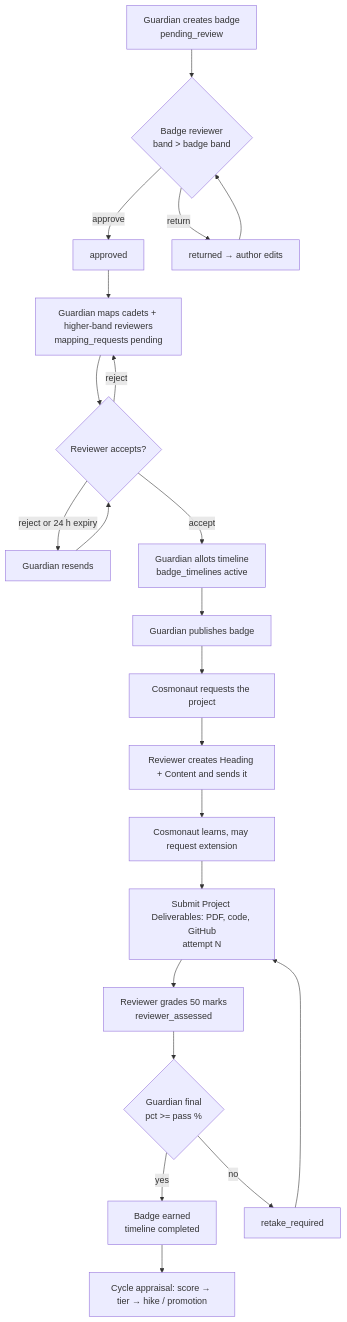
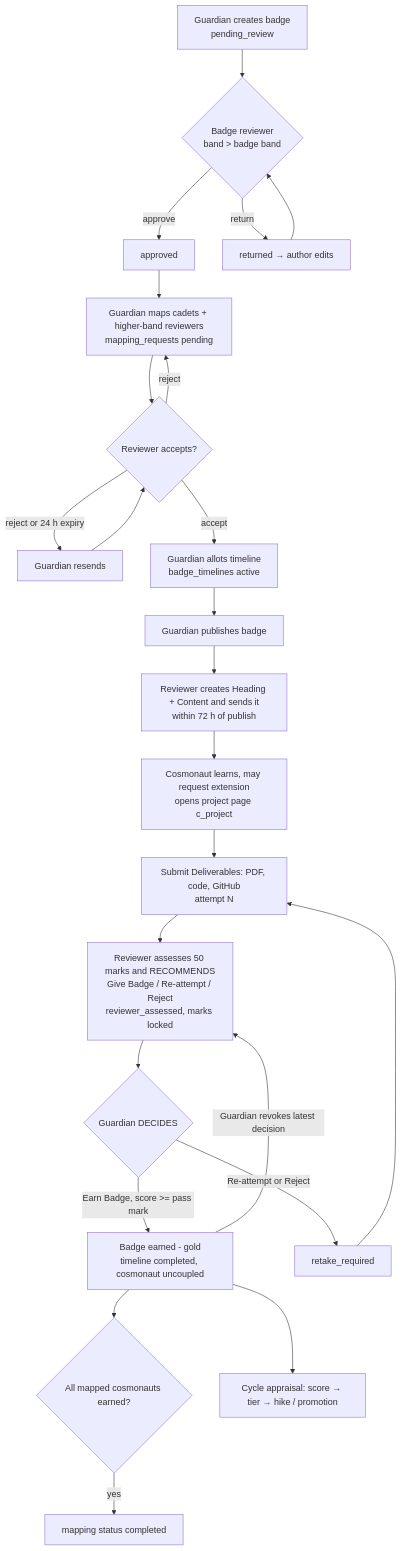
One commit to shivakumarbhandari2003/starapp_demo changed the first of 3 diagrams in memory/FLOWCHART.md. Above: the diagram before and after it, drawn with Mermaid. The commit also changed other lines of this file and 45 other files, not shown here.

Commit message:
Full learning UI with optimisation, Marksheet redesign, reviewer recommendation, mobile hamburger drawer is completed

````diff
--- a/memory/FLOWCHART.md
+++ b/memory/FLOWCHART.md
@@ -110,21 +125,23 @@
 ```mermaid
 flowchart TD
     A[Guardian creates badge<br/>pending_review] --> B{Badge reviewer<br/>band > badge band}
     B -- approve --> C[approved]
     B -- return --> A2[returned → author edits] --> B
     C --> D[Guardian maps cadets + higher-band reviewers<br/>mapping_requests pending]
     D --> E{Reviewer accepts?}
     E -- reject or 24 h expiry --> D2[Guardian resends] --> E
     E -- reject --> D
     E -- accept --> F[Guardian allots timeline<br/>badge_timelines active]
     F --> G[Guardian publishes badge]
-    G --> H0[Cosmonaut requests the project]
-    H0 --> H[Reviewer creates Heading + Content and sends it]
-    H --> I[Cosmonaut learns, may request extension]
-    I --> J[Submit Project Deliverables: PDF, code, GitHub<br/>attempt N]
-    J --> K[Reviewer grades 50 marks<br/>reviewer_assessed]
-    K --> L{Guardian final<br/>pct >= pass %}
-    L -- yes --> M[Badge earned<br/>timeline completed]
-    L -- no --> N[retake_required] --> J
+    G --> H[Reviewer creates Heading + Content and sends it<br/>within 72 h of publish]
+    H --> I[Cosmonaut learns, may request extension<br/>opens project page c_project]
+    I --> J[Submit Deliverables: PDF, code, GitHub<br/>attempt N]
+    J --> K[Reviewer assesses 50 marks and RECOMMENDS<br/>Give Badge / Re-attempt / Reject<br/>reviewer_assessed, marks locked]
+    K --> L{Guardian DECIDES}
+    L -- Earn Badge, score >= pass mark --> M[Badge earned - gold<br/>timeline completed, cosmonaut uncoupled]
+    L -- Re-attempt or Reject --> N[retake_required] --> J
+    M -- Guardian revokes latest decision --> K
+    M --> P{All mapped cosmonauts earned?}
+    P -- yes --> Q[mapping status completed]
     M --> O[Cycle appraisal: score → tier → hike / promotion]
 ```
````
